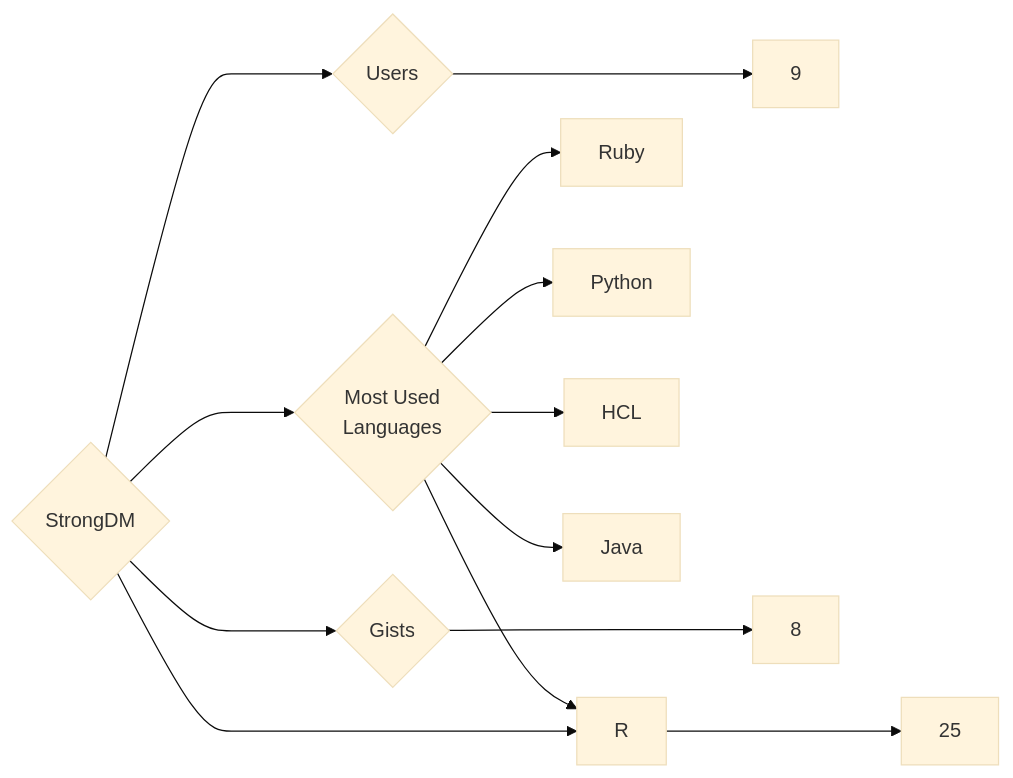
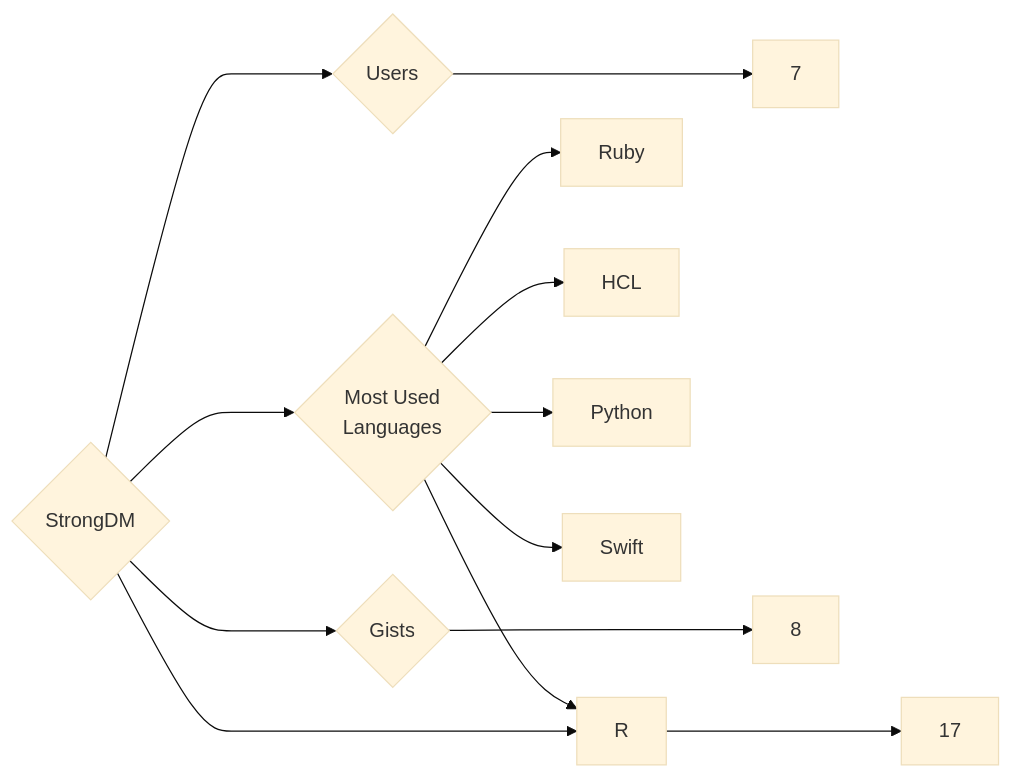
One commit to trickest/insiders changed the diagram in targets/StrongDM/README.md. Above: the diagram before and after it, drawn with Mermaid (base theme). The commit also changed 1484 other files, not shown here.

````diff
--- a/targets/StrongDM/README.md
+++ b/targets/StrongDM/README.md
@@ -3,13 +3,13 @@
 ```mermaid
 graph LR
 COMPANY_NAME{StrongDM}
-COMPANY_NAME ---> U{Users} ---> UN[9]
-COMPANY_NAME ---> R{Repositories} ---> RN[25]
+COMPANY_NAME ---> U{Users} ---> UN[7]
+COMPANY_NAME ---> R{Repositories} ---> RN[17]
 COMPANY_NAME ---> G{Gists} ---> GN[8]
 COMPANY_NAME ---> ML{Most Used<br>Languages}
 ML --> Ruby[Ruby]
+ML --> HCL[HCL]
 ML --> Python[Python]
-ML --> HCL[HCL]
-ML --> Java[Java]
+ML --> Swift[Swift]
 ML --> R[R]
 ```
````
